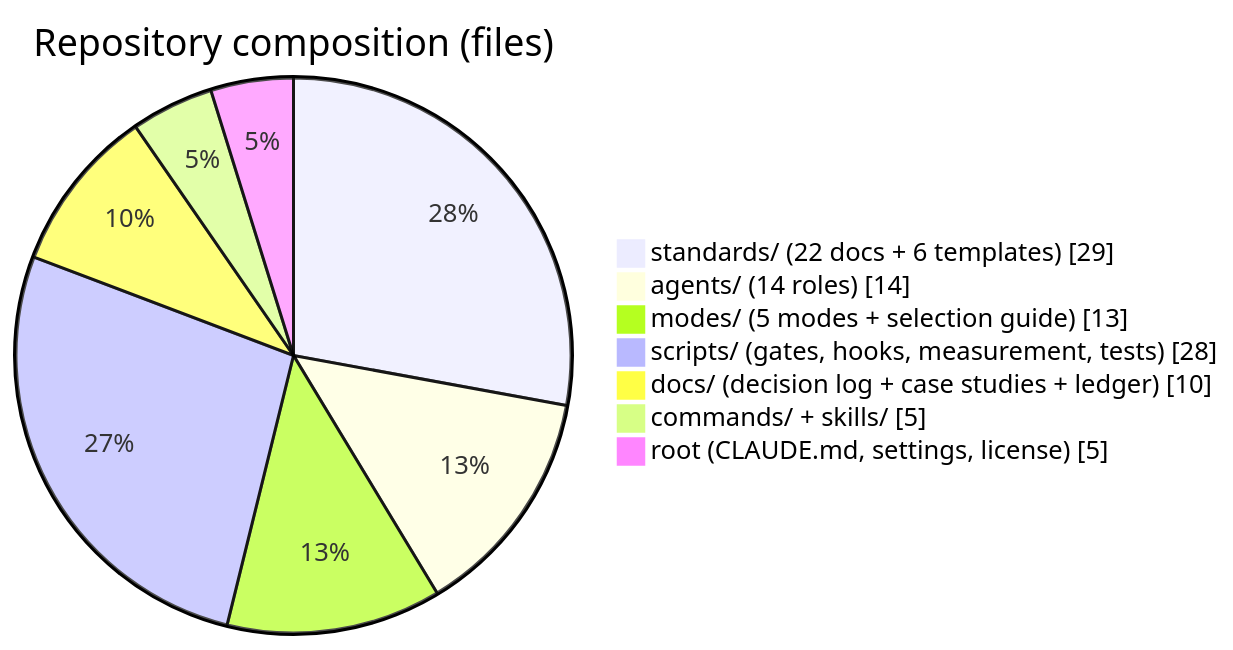
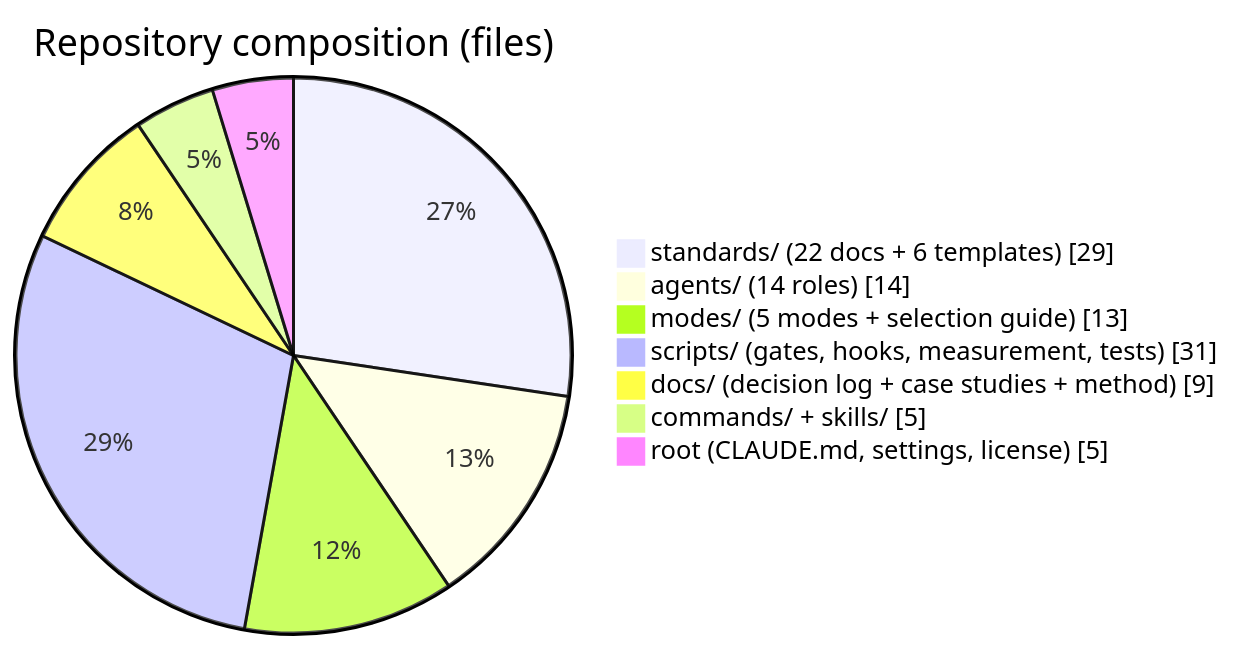
One commit to adyusuf/claude-code-standards changed the first of 2 diagrams in README.md. Above: the diagram before and after it, drawn with Mermaid. The commit also changed other lines of this file and 10 other files, not shown here.

````diff
--- a/README.md
+++ b/README.md
@@ -18,10 +18,10 @@
 ```mermaid
 pie showData title Repository composition (files)
  "standards/ (22 docs + 6 templates)" : 29
  "agents/ (14 roles)" : 14
  "modes/ (5 modes + selection guide)" : 13
- "scripts/ (gates, hooks, measurement, tests)" : 28
- "docs/ (decision log + case studies + ledger)" : 10
+ "scripts/ (gates, hooks, measurement, tests)" : 31
+ "docs/ (decision log + case studies + method)" : 9
  "commands/ + skills/" : 5
  "root (CLAUDE.md, settings, license)" : 5
 ```
````
